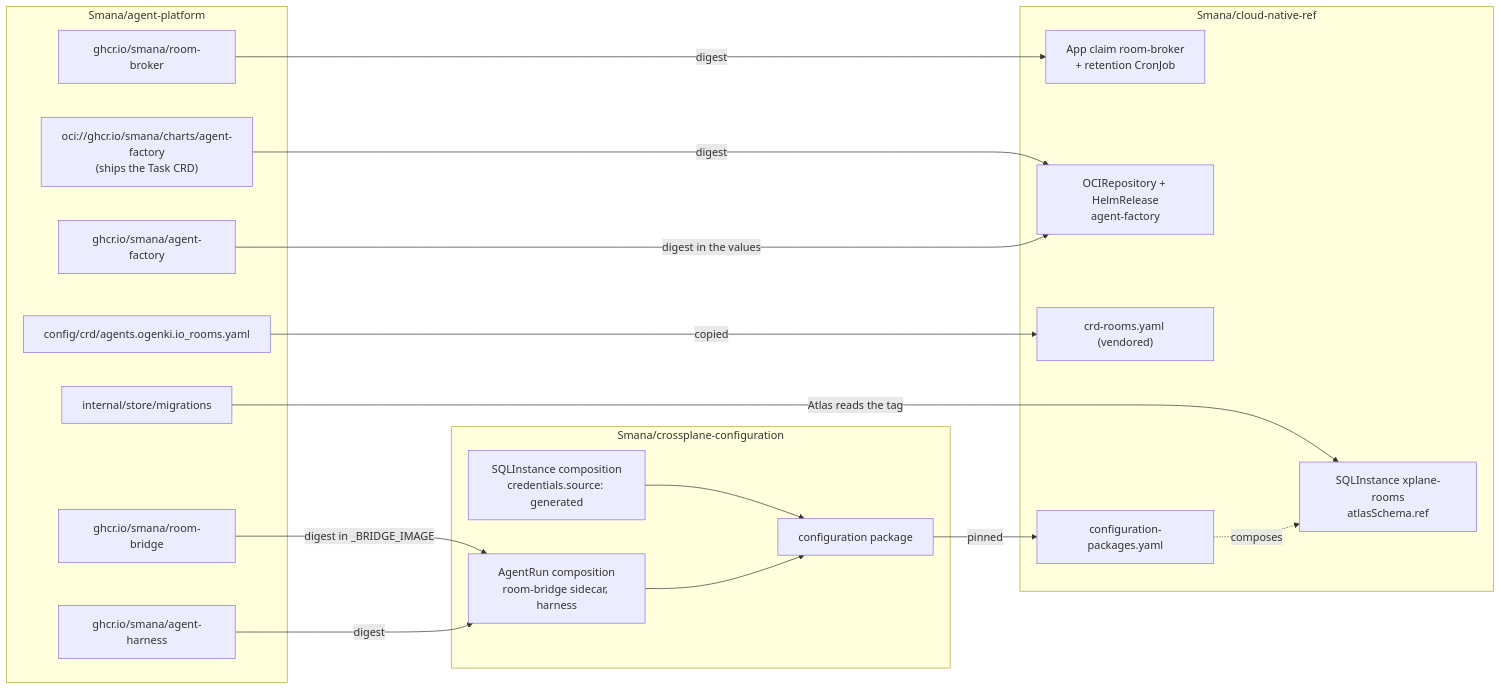
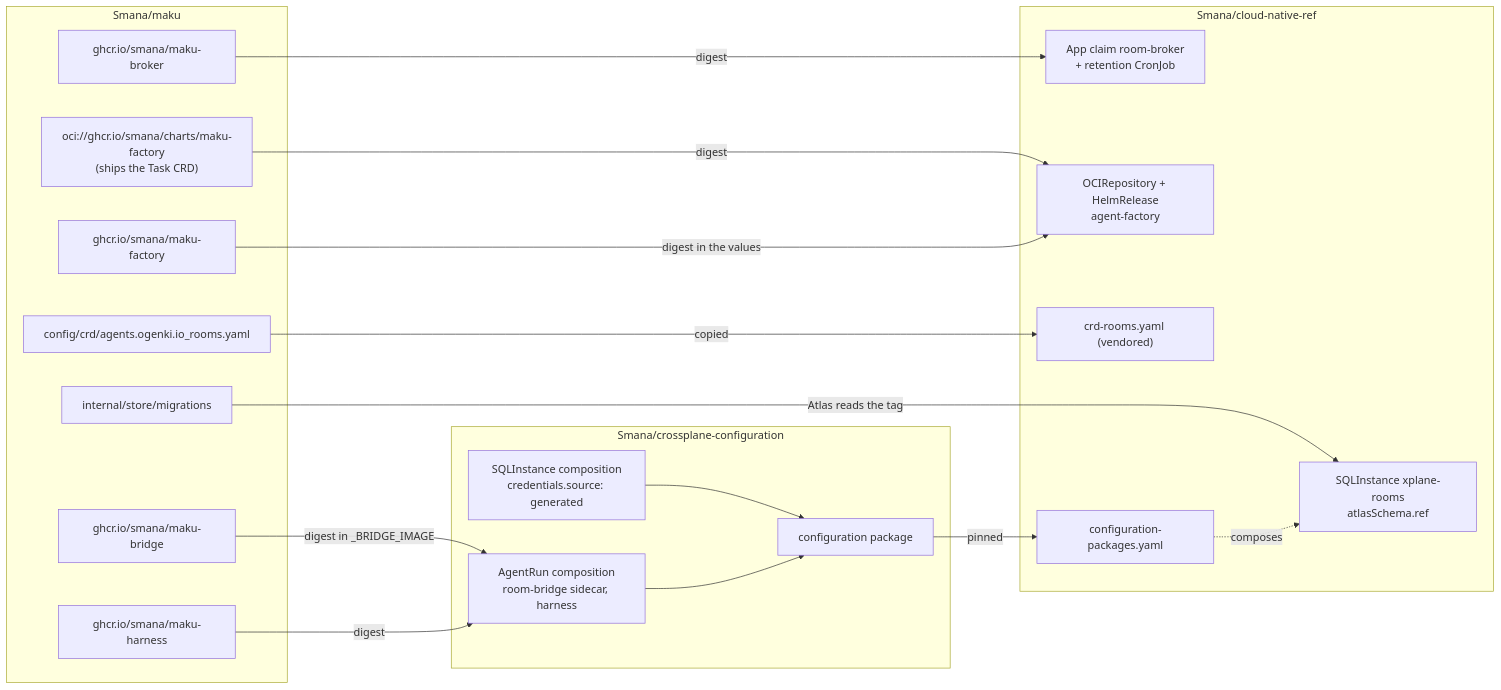
One commit to Smana/agent-platform changed the first of 2 diagrams in docs/integration.md. Above: the diagram before and after it, drawn with Mermaid. The commit also changed other lines of this file and 689 other files, not shown here.

First line of the commit message:
feat!: maku phase 1 — module, binaries, images, charts, CLI and metrics under the maku name (#268)

````diff
--- a/docs/integration.md
+++ b/docs/integration.md
@@ -10,35 +10,35 @@
 ```mermaid
 flowchart LR
-  subgraph ap["Smana/agent-platform"]
-    bimg["ghcr.io/smana/room-broker"]
-    brimg["ghcr.io/smana/room-bridge"]
-    fimg["ghcr.io/smana/agent-factory"]
-    himg["ghcr.io/smana/agent-harness"]
-    chart["oci://ghcr.io/smana/charts/agent-factory<br/>(ships the Task CRD)"]
+  subgraph ap["Smana/maku"]
+    bimg["ghcr.io/smana/maku-broker"]
+    brimg["ghcr.io/smana/maku-bridge"]
+    fimg["ghcr.io/smana/maku-factory"]
+    himg["ghcr.io/smana/maku-harness"]
+    chart["oci://ghcr.io/smana/charts/maku-factory<br/>(ships the Task CRD)"]
     crd["config/crd/agents.ogenki.io_rooms.yaml"]
     mig["internal/store/migrations"]
   end
   subgraph cc["Smana/crossplane-configuration"]
     sql["SQLInstance composition<br/>credentials.source: generated"]
     ar["AgentRun composition<br/>room-bridge sidecar, harness"]
     pkg["configuration package"]
   end
   subgraph cnr["Smana/cloud-native-ref"]
     app["App claim room-broker<br/>+ retention CronJob"]
     fac["OCIRepository + HelmRelease<br/>agent-factory"]
     vend["crd-rooms.yaml (vendored)"]
     claim["SQLInstance xplane-rooms<br/>atlasSchema.ref"]
     pin["configuration-packages.yaml"]
   end
   bimg -->|digest| app
   chart -->|digest| fac
   fimg -->|"digest in the values"| fac
   brimg -->|"digest in _BRIDGE_IMAGE"| ar
   himg -->|digest| ar
   crd -->|copied| vend
   mig -->|"Atlas reads the tag"| claim
   sql --> pkg
   ar --> pkg
   pkg -->|pinned| pin
   pin -.->|composes| claim
 ```
````
